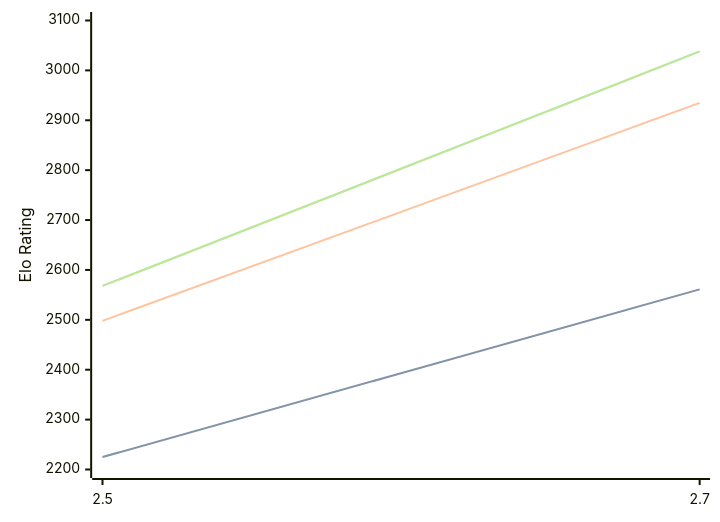
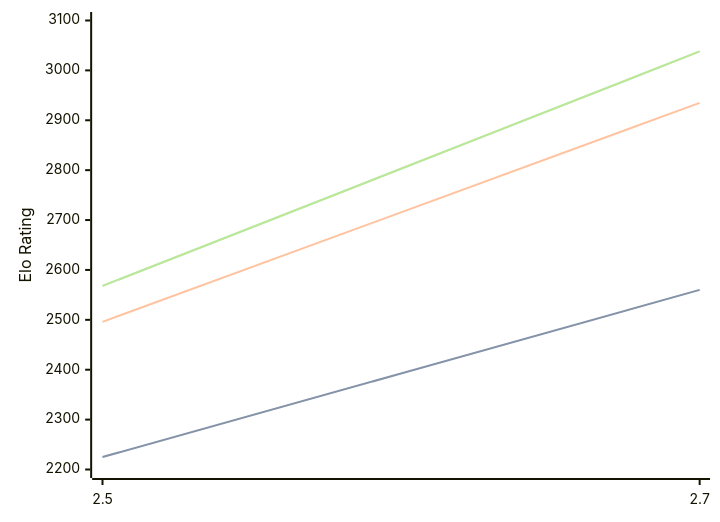
Before and after one commit to computer-chess-index/cci: the diagram in engines/Zevra.md, drawn with Mermaid. The commit also changed other lines of this file, not shown here.

````diff
--- a/engines/Zevra.md
+++ b/engines/Zevra.md
@@ -32,11 +32,11 @@
 ```mermaid
 %%{init: {"theme":"base","themeVariables":{"seriesColors:['#a3a3a3','#222221','#faa371']}}}%%
 xychart-beta
   x-axis ["2.5", "2.7"]
   y-axis "Elo Rating" 2200 --> 3100
-  line "" [2225, 2561]
-  line "STC (8.0+0.08s)" [2225, 2561]
-  line "LTC (60.0+0.60s)" [2498, 2935]
+  line "" [2225, 2560]
+  line "STC (8.0+0.08s)" [2225, 2560]
+  line "LTC (60.0+0.60s)" [2496, 2935]
   line "" [2568, 3038]
   line "VLTC (2m24s+1.12s)" [2568, 3038]
 ```
````
